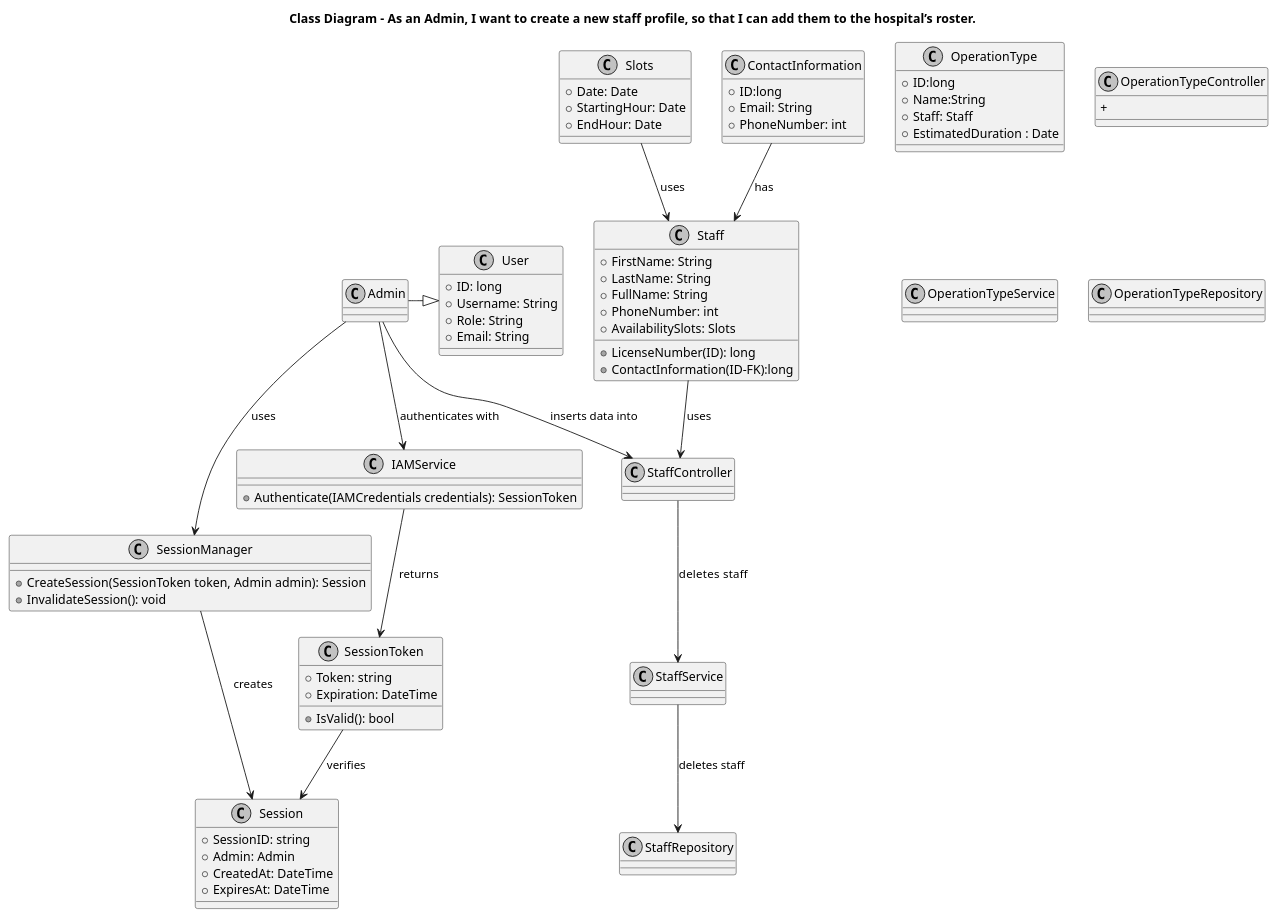
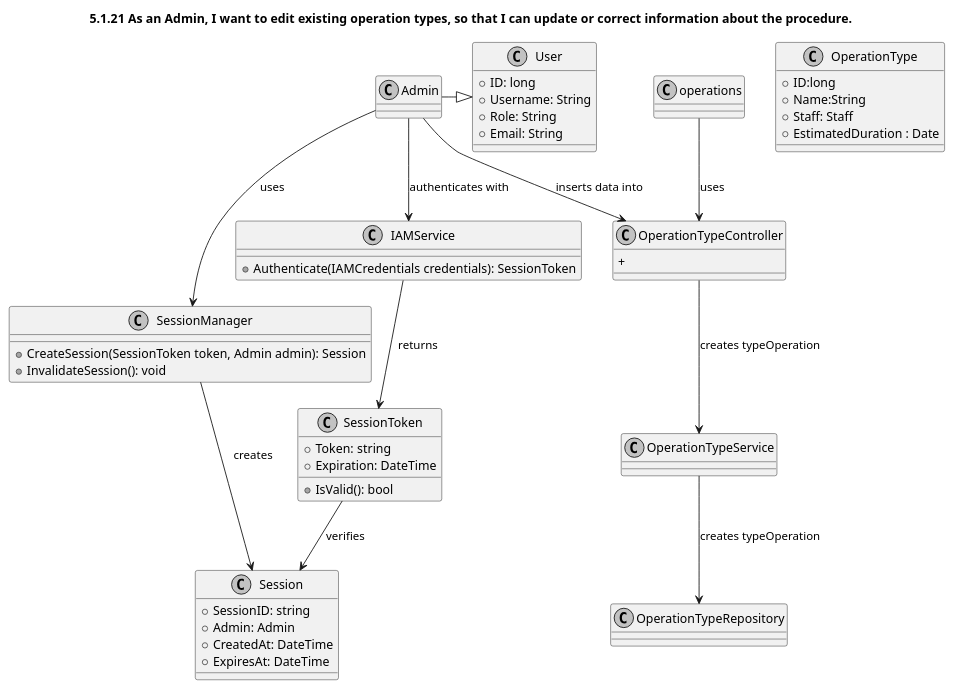
Before and after one commit to Educ00/Sem5Pi2425: the diagram in Docs/1211846/US5_1_21/us5_1_21_class-diagram.puml, drawn with PlantUML. The commit also changed 12 other files, not shown here.

```diff
--- a/Docs/1211846/US5_1_21/us5_1_21_class-diagram.puml
+++ b/Docs/1211846/US5_1_21/us5_1_21_class-diagram.puml
@@ -1,100 +1,79 @@
 @startuml
 'https://plantuml.com/class-diagram
 
 skinparam monochrome true
 skinparam shadowing false
 
-title Class Diagram - As an Admin, I want to create a new staff profile, so that I can add them to the hospital’s roster.
+title 5.1.21 As an Admin, I want to edit existing operation types, so that I can update or correct information about the procedure.
 
 class Admin{
 
 }
-class Slots{
-    +Date: Date
-    +StartingHour: Date
-    +EndHour: Date
-}
 
-class Staff{
-    +FirstName: String
-    +LastName: String
-    +FullName: String
-    +LicenseNumber(ID): long
-    +ContactInformation(ID-FK):long
-    +PhoneNumber: int
-    +AvailabilitySlots: Slots
 
-}
-
-class ContactInformation{
-    +ID:long
-    +Email: String
-    +PhoneNumber: int
-}
 
 
 class User{
     +ID: long
     +Username: String
     +Role: String
     +Email: String
 }
 
 class OperationType{
     +ID:long
     +Name:String
-    +Staff: Staff
+    +Staff: Staff 
     +EstimatedDuration : Date
 
 }
 
 
 
 class SessionManager {
     +CreateSession(SessionToken token, Admin admin): Session
     +InvalidateSession(): void
 }
 
 class Session {
     +SessionID: string
     +Admin: Admin
     +CreatedAt: DateTime
     +ExpiresAt: DateTime
 }
 class IAMService {
     +Authenticate(IAMCredentials credentials): SessionToken
 }
 
 
 
 class SessionToken {
     +Token: string
     +Expiration: DateTime
     +IsValid(): bool
 }
 
 class OperationTypeController{
     +
 }
 
 class OperationTypeService {
 
 }
 class OperationTypeRepository {
 
 }
 
-Slots-->Staff : uses
-ContactInformation-->Staff :has
+
 Admin-|>User
 Admin --> SessionManager : uses
 IAMService --> SessionToken : returns
 SessionManager --> Session : creates
 Admin --> IAMService : authenticates with
-Admin --> StaffController : inserts data into
-StaffController-->StaffService: deletes  staff
-Staff-->StaffController:uses
-StaffService-->StaffRepository: deletes staff
+Admin --> OperationTypeController : inserts data into
+OperationTypeController-->OperationTypeService: creates typeOperation
+operations-->OperationTypeController:uses
+OperationTypeService-->OperationTypeRepository: creates typeOperation
 SessionToken --> Session : verifies
 
 @enduml
```
